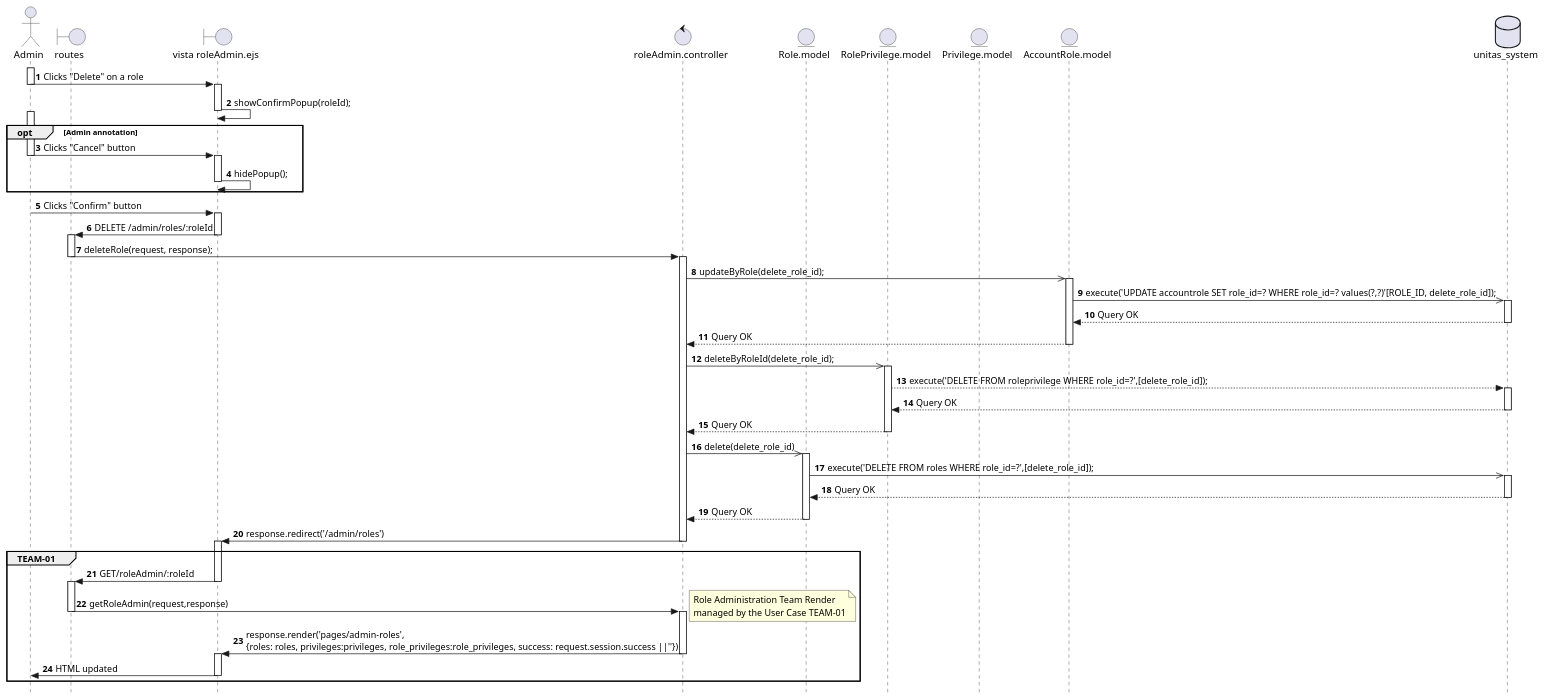
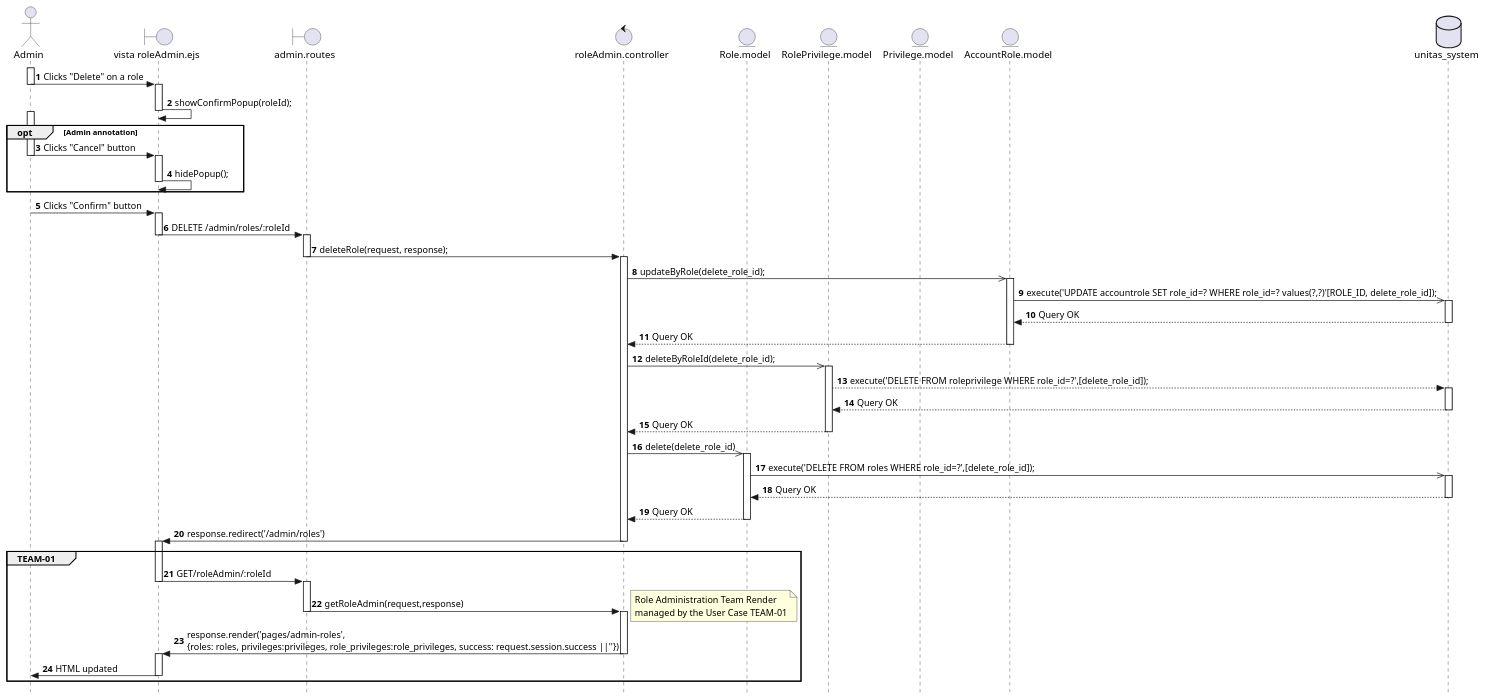
One commit to Berthou05/LimboSoftwareDevelopment_Change.org changed the diagram in documentation/sequence_diagrams/ADMIN-03-SD.puml. Above: the diagram before and after it, drawn with PlantUML. The commit also changed 14 other files, not shown here.

```diff
--- a/documentation/sequence_diagrams/ADMIN-03-SD.puml
+++ b/documentation/sequence_diagrams/ADMIN-03-SD.puml
@@ -1,91 +1,91 @@
 @startuml
 skinparam style strictuml
 
 actor Admin as A   
-boundary "routes" as RO
 boundary "vista roleAdmin.ejs" as V
+boundary "admin.routes" as RO
 control "roleAdmin.controller" as C
 entity "Role.model" as R
 entity "RolePrivilege.model" as RP
 entity "Privilege.model" as P
 entity "AccountRole.model" as AR
 database "unitas_system" as BD
 autonumber
 
 activate A
 A->V:Clicks "Delete" on a role
 deactivate A
     activate V
     V->V:showConfirmPopup(roleId);
     deactivate V
 
 activate A
 opt Admin annotation
 A->V:Clicks "Cancel" button
 deactivate A
     activate V
     V->V:hidePopup();
     deactivate V
 end
 activate A
 
 A->V:Clicks "Confirm" button
 deactivate A
     activate V
     V->RO: DELETE /admin/roles/:roleId
     deactivate V
         activate RO
         RO->C:deleteRole(request, response);
         deactivate RO
             activate C
                 C->>AR:updateByRole(delete_role_id);
                 activate AR    
                     AR->>BD:execute('UPDATE accountrole SET role_id=? WHERE role_id=? values(?,?)'[ROLE_ID, delete_role_id]);
                     activate BD
                     BD-->AR:Query OK
                     deactivate BD
                 AR-->C:Query OK
                 deactivate AR
 
                 C->>RP:deleteByRoleId(delete_role_id);
                     activate RP
                     RP-->BD:execute('DELETE FROM roleprivilege WHERE role_id=?',[delete_role_id]);
                         activate BD
                         BD-->RP:Query OK
                         deactivate BD
                     RP-->C:Query OK
                     deactivate RP
 
                 C ->> R:delete(delete_role_id)
                     activate R
                     R->>BD:execute('DELETE FROM roles WHERE role_id=?',[delete_role_id]);
                         activate BD
                         BD-->R:Query OK
                         deactivate BD
                     R-->C:Query OK
                     deactivate R
                 C->V:response.redirect('/admin/roles')
                 deactivate C
             activate V
             
             group TEAM-01
             V->RO: GET/roleAdmin/:roleId
             deactivate V
                 activate RO
                 RO->C:getRoleAdmin(request,response)
                 deactivate RO
                     activate C
                     note right
                     Role Administration Team Render
                     managed by the User Case TEAM-01
                     end note
                     C->V:response.render('pages/admin-roles',\n{roles: roles, privileges:privileges, role_privileges:role_privileges, success: request.session.success ||''})
                     deactivate C
                 activate V
                 V->A: HTML updated
                 deactivate V
 
             end group
 activate A
 
 @enduml
```
